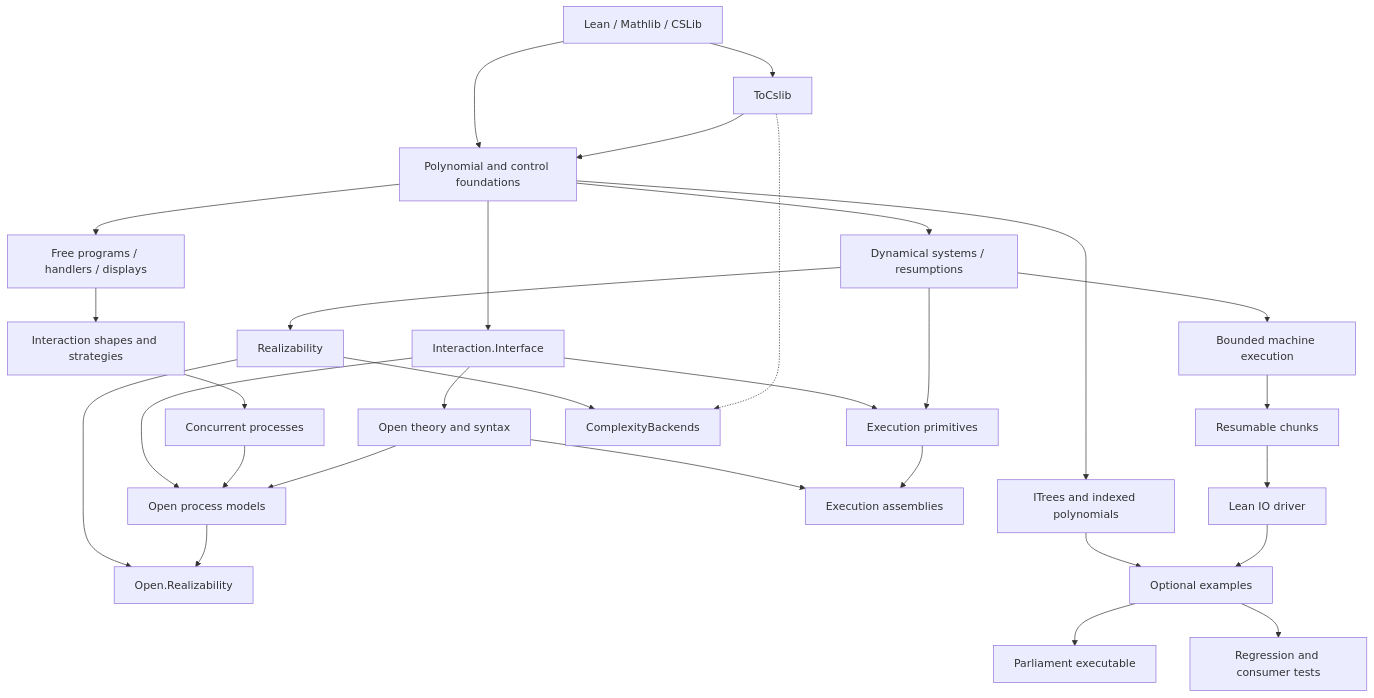
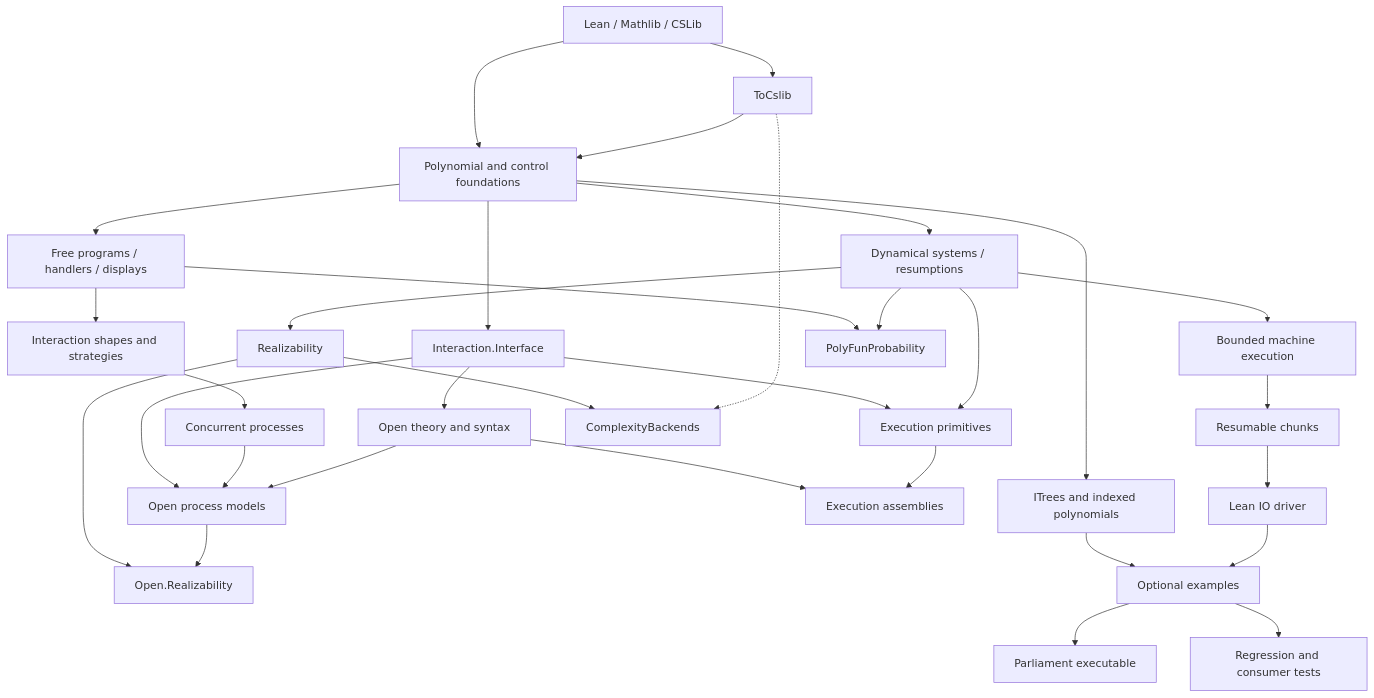
Before and after one commit to Verified-zkEVM/PolyFun: the diagram in docs/reference/repo-map.md, drawn with Mermaid. The commit also changed other lines of this file and 31 other files, not shown here.

````diff
--- a/docs/reference/repo-map.md
+++ b/docs/reference/repo-map.md
@@ -84,32 +86,34 @@
 ```mermaid
 flowchart TD
   U[Lean / Mathlib / CSLib] --> T[ToCslib]
   U --> P[Polynomial and control foundations]
   T --> P
   P --> F[Free programs / handlers / displays]
   P --> D[Dynamical systems / resumptions]
   D --> BD[Bounded machine execution]
   BD --> RC[Resumable chunks]
   RC --> IO[Lean IO driver]
   P --> I[ITrees and indexed polynomials]
   F --> S[Interaction shapes and strategies]
   S --> C[Concurrent processes]
   P --> B[Interaction.Interface]
   B --> O[Open theory and syntax]
   B --> E[Execution primitives]
   D --> E
   O --> A[Execution assemblies]
   E --> A
   B --> OP[Open process models]
   C --> OP
   O --> OP
   D --> R[Realizability]
   R --> OR[Open.Realizability]
   OP --> OR
   R --> AD[ComplexityBackends]
   T -.-> AD
+  F --> PR[PolyFunProbability]
+  D --> PR
   I --> EX[Optional examples]
   IO --> EX
   EX --> CLI[Parliament executable]
   EX --> TEST[Regression and consumer tests]
 ```
````
